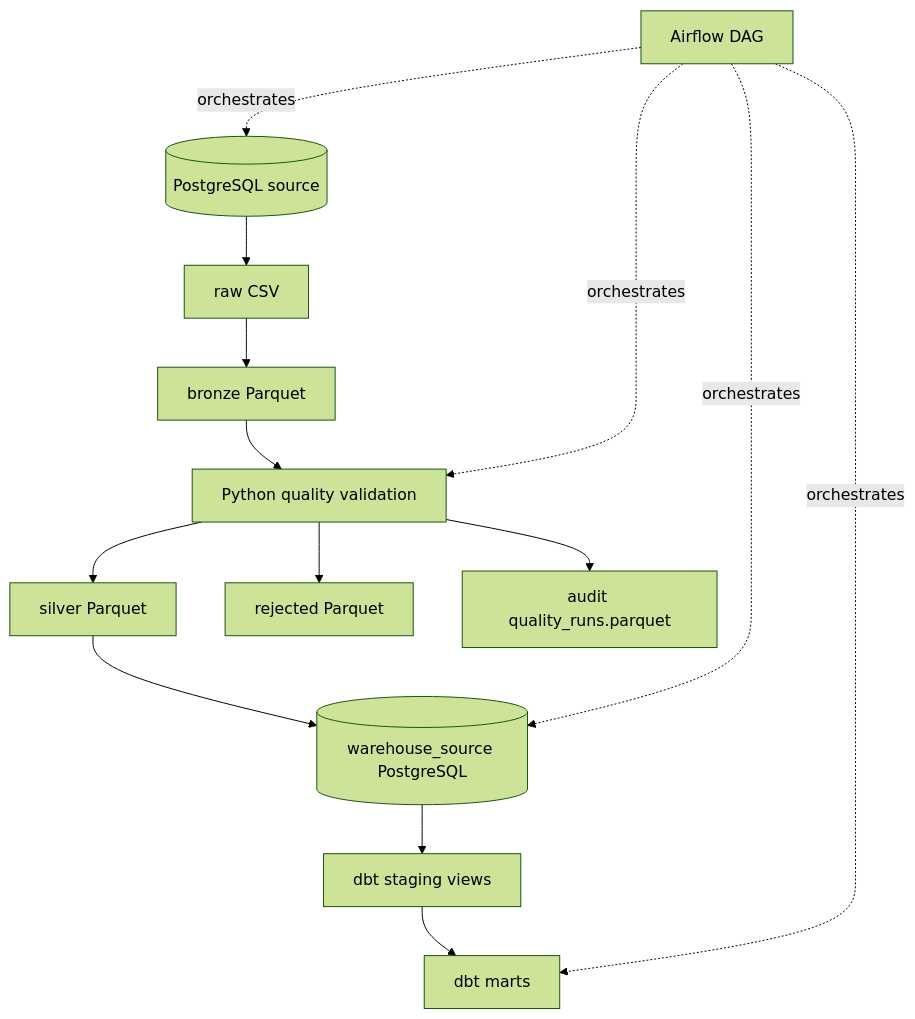
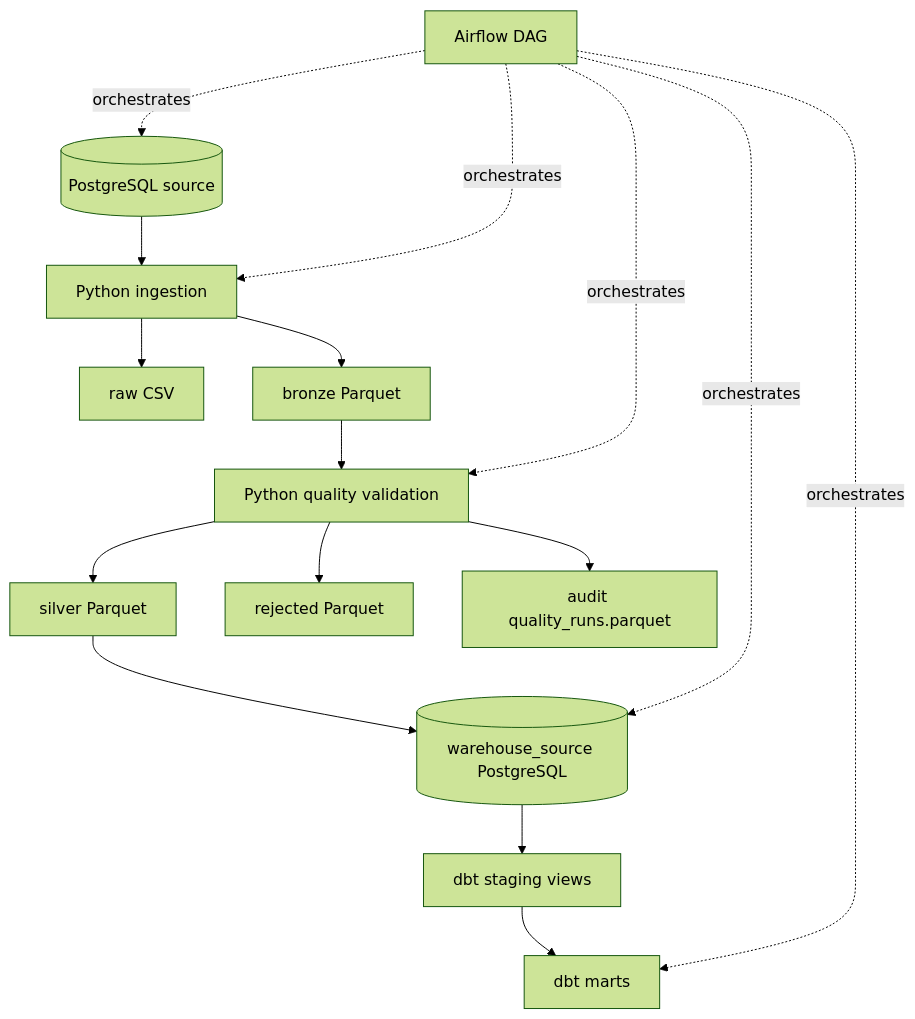
The second of 2 diagrams in docs/architecture.md (davidhidsan-dev/retailpulse-data-platform), drawn with Mermaid (forest theme) before and after one commit. The commit also changed other lines of this file and 8 other files, not shown here.

````diff
--- a/docs/architecture.md
+++ b/docs/architecture.md
@@ -185,28 +190,31 @@
 ```mermaid
 flowchart TD
     source[(PostgreSQL source)]
+    ingestion[Python ingestion]
     raw[raw CSV]
     bronze[bronze Parquet]
     quality[Python quality validation]
     silver[silver Parquet]
     rejected[rejected Parquet]
     audit[audit quality_runs.parquet]
     warehouse[(warehouse_source PostgreSQL)]
     staging[dbt staging views]
     marts[dbt marts]
     airflow[Airflow DAG]
 
-    source --> raw
-    raw --> bronze
+    source --> ingestion
+    ingestion --> raw
+    ingestion --> bronze
     bronze --> quality
     quality --> silver
     quality --> rejected
     quality --> audit
     silver --> warehouse
     warehouse --> staging
     staging --> marts
     airflow -. orchestrates .-> source
+    airflow -. orchestrates .-> ingestion
     airflow -. orchestrates .-> quality
     airflow -. orchestrates .-> warehouse
     airflow -. orchestrates .-> marts
 ```
````
